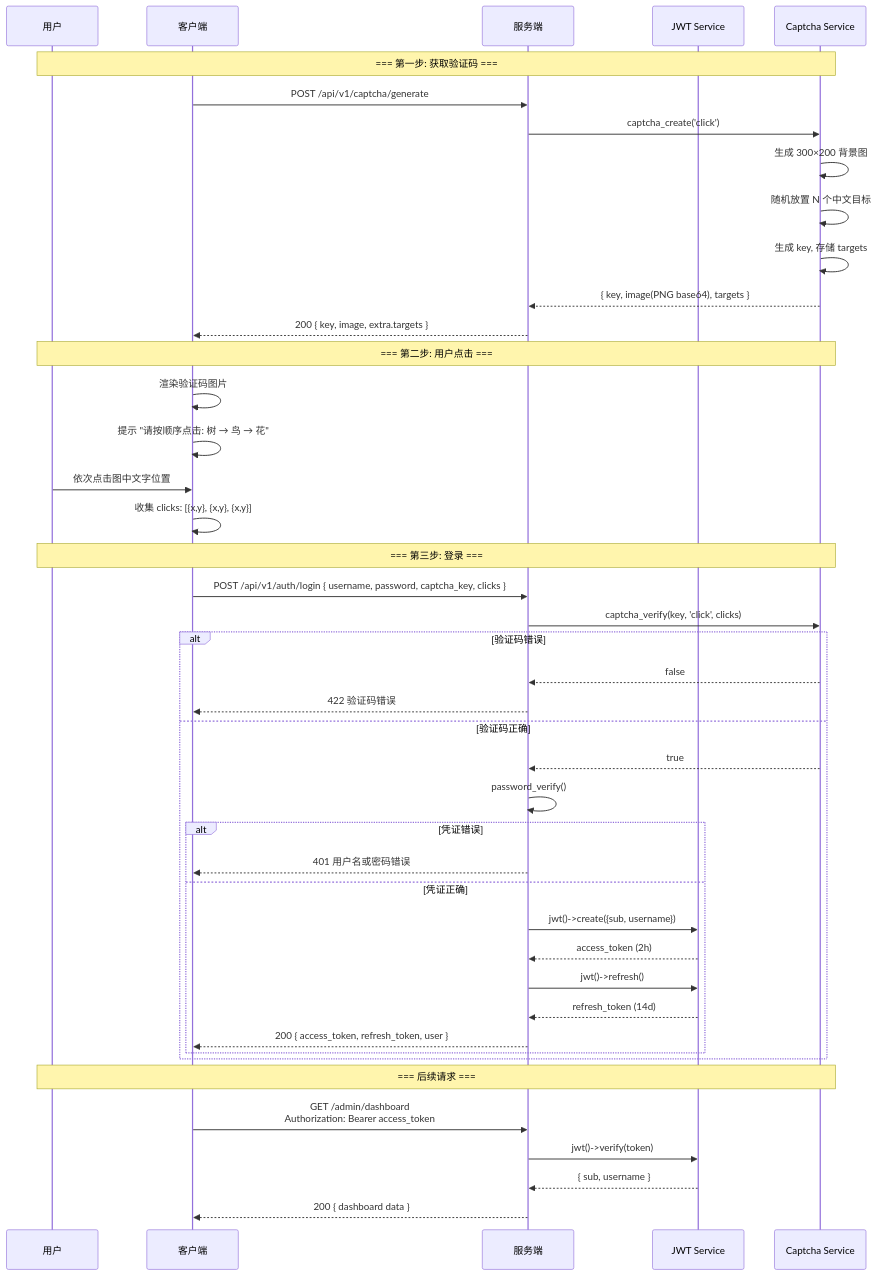
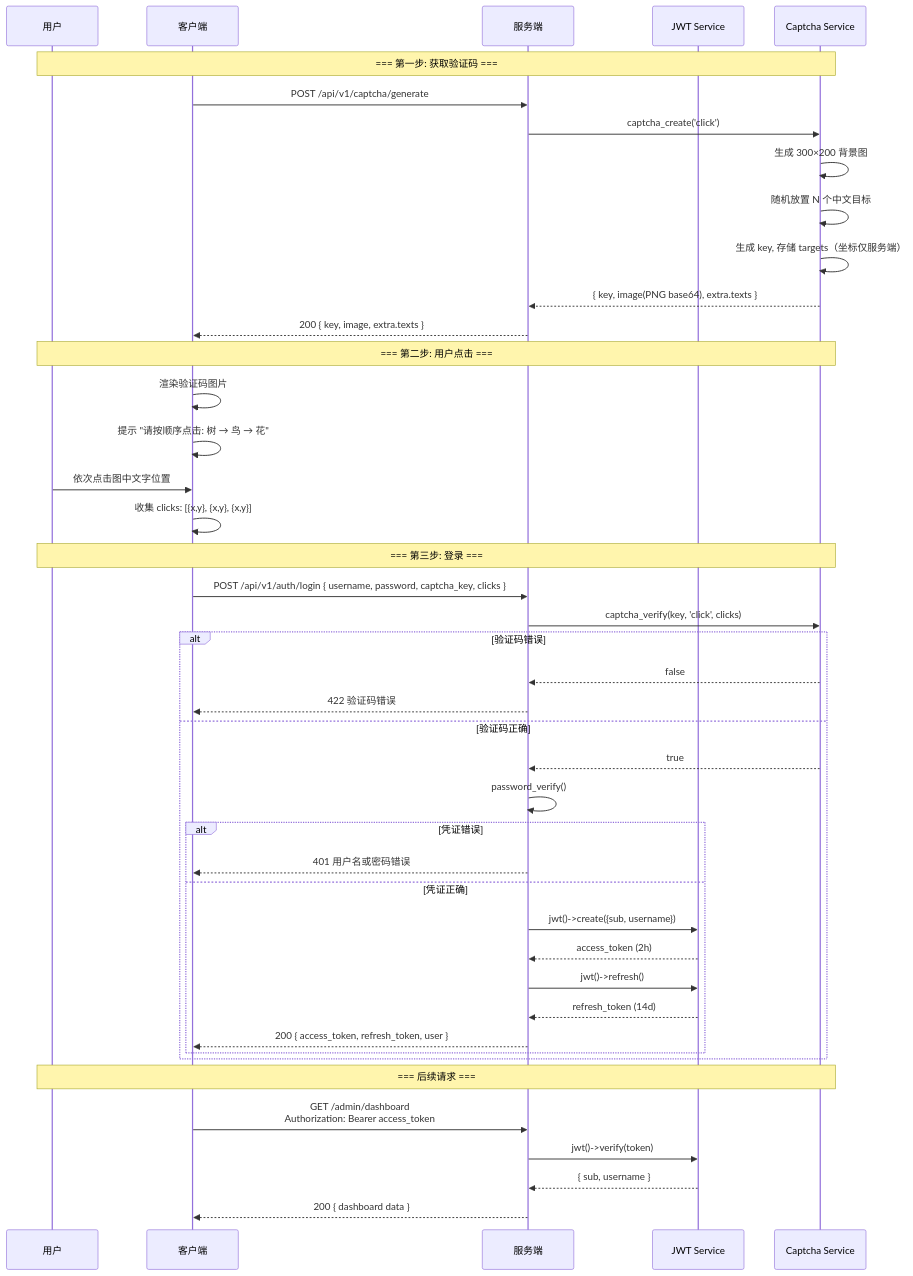
One commit to erikwang2013/integrated-global-logistics changed the fourth of 13 diagrams in admin/docs/ARCHITECTURE.md. Above: the diagram before and after it, drawn with Mermaid. The commit also changed other lines of this file and 88 other files, not shown here.

````diff
--- a/admin/docs/ARCHITECTURE.md
+++ b/admin/docs/ARCHITECTURE.md
@@ -228,49 +228,49 @@
 ```mermaid
 sequenceDiagram
     participant U as 用户
     participant CL as 客户端
     participant SV as 服务端
     participant JWT as JWT Service
     participant CAP as Captcha Service
 
     Note over U,CAP: === 第一步: 获取验证码 ===
     CL->>SV: POST /api/v1/captcha/generate
     SV->>CAP: captcha_create('click')
     CAP->>CAP: 生成 300×200 背景图
     CAP->>CAP: 随机放置 N 个中文目标
-    CAP->>CAP: 生成 key, 存储 targets
-    CAP-->>SV: { key, image(PNG base64), targets }
-    SV-->>CL: 200 { key, image, extra.targets }
+    CAP->>CAP: 生成 key, 存储 targets（坐标仅服务端）
+    CAP-->>SV: { key, image(PNG base64), extra.texts }
+    SV-->>CL: 200 { key, image, extra.texts }
 
     Note over U,CAP: === 第二步: 用户点击 ===
     CL->>CL: 渲染验证码图片
     CL->>CL: 提示 "请按顺序点击: 树 → 鸟 → 花"
     U->>CL: 依次点击图中文字位置
     CL->>CL: 收集 clicks: [{x,y}, {x,y}, {x,y}]
 
     Note over U,CAP: === 第三步: 登录 ===
     CL->>SV: POST /api/v1/auth/login { username, password, captcha_key, clicks }
     SV->>CAP: captcha_verify(key, 'click', clicks)
     alt 验证码错误
         CAP-->>SV: false
         SV-->>CL: 422 验证码错误
     else 验证码正确
         CAP-->>SV: true
         SV->>SV: password_verify()
         alt 凭证错误
             SV-->>CL: 401 用户名或密码错误
         else 凭证正确
             SV->>JWT: jwt()->create({sub, username})
             JWT-->>SV: access_token (2h)
             SV->>JWT: jwt()->refresh()
             JWT-->>SV: refresh_token (14d)
             SV-->>CL: 200 { access_token, refresh_token, user }
         end
     end
 
     Note over U,CAP: === 后续请求 ===
     CL->>SV: GET /admin/dashboard<br/>Authorization: Bearer access_token
     SV->>JWT: jwt()->verify(token)
     JWT-->>SV: { sub, username }
     SV-->>CL: 200 { dashboard data }
 ```
````
